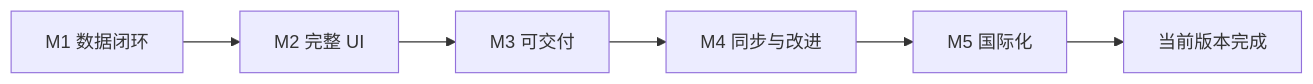
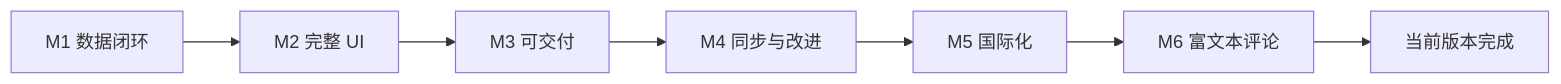
Before and after one commit to nickdu2009/projex: the first of 2 diagrams in docs/MILESTONES.md, drawn with Mermaid. The commit also changed other lines of this file and 28 other files, not shown here.

````diff
--- a/docs/MILESTONES.md
+++ b/docs/MILESTONES.md
@@ -9,8 +9,9 @@
 ```mermaid
 flowchart LR
   M1[M1 数据闭环] --> M2[M2 完整 UI]
   M2 --> M3[M3 可交付]
   M3 --> M4[M4 同步与改进]
   M4 --> M5[M5 国际化]
-  M5 --> DONE[当前版本完成]
+  M5 --> M6[M6 富文本评论]
+  M6 --> DONE[当前版本完成]
 ```
````
